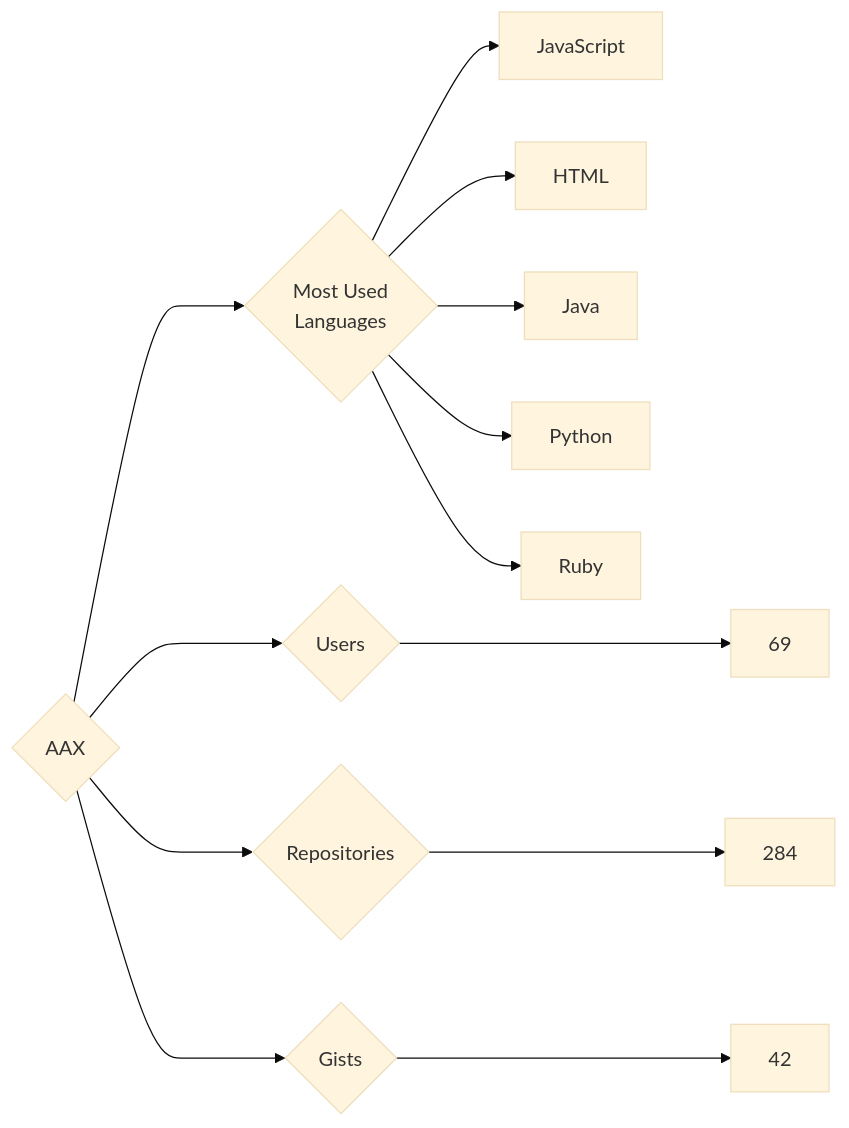
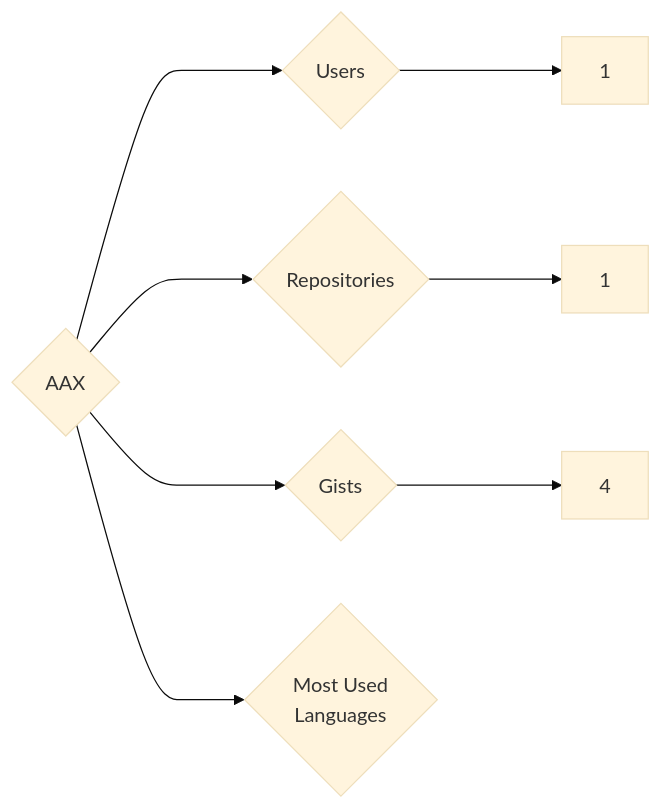
The diagram in targets/AAX/README.md (trickest/insiders), drawn with Mermaid (base theme) before and after one commit. The commit also changed 1089 other files, not shown here.

````diff
--- a/targets/AAX/README.md
+++ b/targets/AAX/README.md
@@ -3,13 +3,8 @@
 ```mermaid
 graph LR
 COMPANY_NAME{AAX}
-COMPANY_NAME ---> U{Users} ---> UN[69]
-COMPANY_NAME ---> R{Repositories} ---> RN[284]
-COMPANY_NAME ---> G{Gists} ---> GN[42]
+COMPANY_NAME ---> U{Users} ---> UN[1]
+COMPANY_NAME ---> R{Repositories} ---> RN[1]
+COMPANY_NAME ---> G{Gists} ---> GN[4]
 COMPANY_NAME ---> ML{Most Used<br>Languages}
-ML --> JavaScript[JavaScript]
-ML --> HTML[HTML]
-ML --> Java[Java]
-ML --> Python[Python]
-ML --> Ruby[Ruby]
 ```
````
